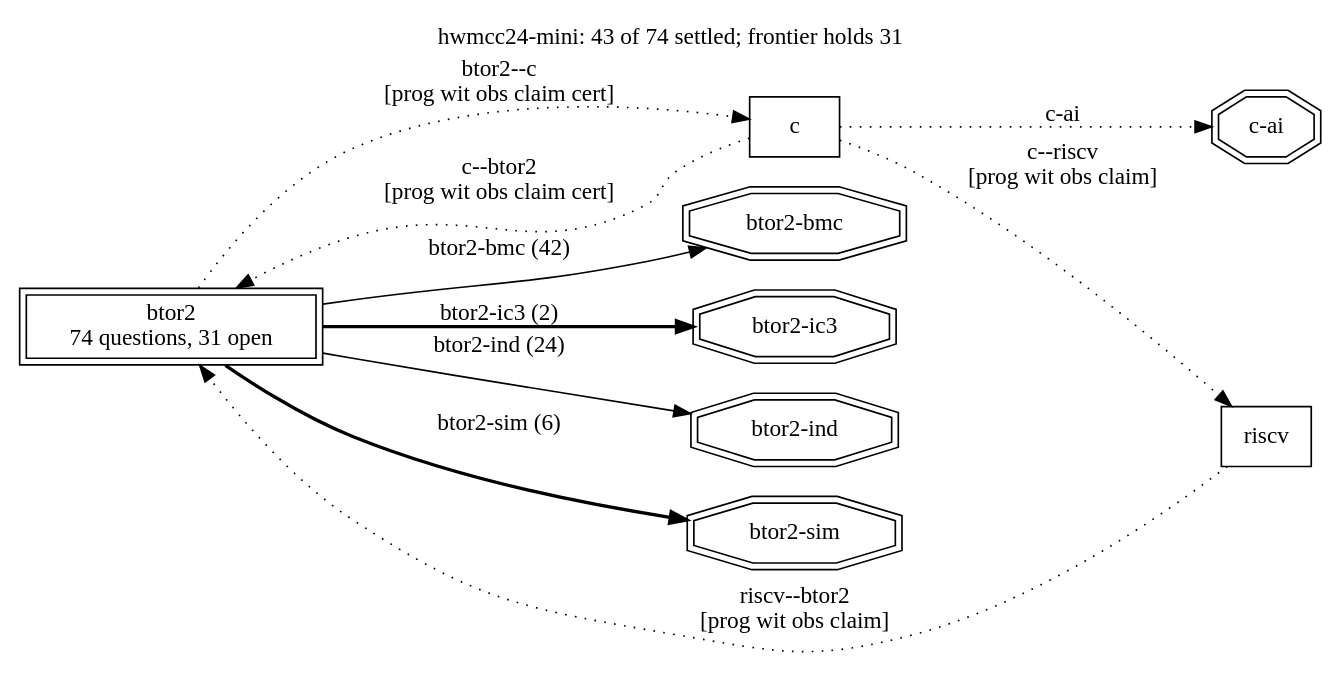
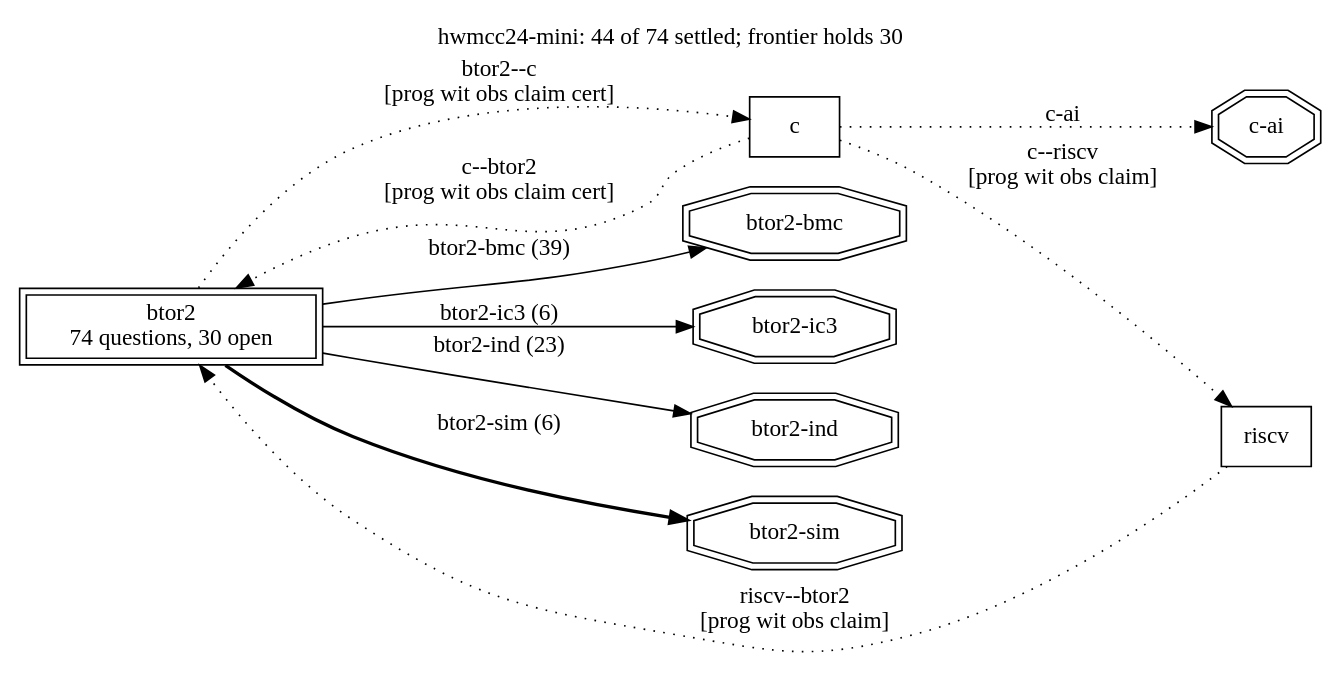
One commit to cksystemsgroup/hurdy-gurdy changed the diagram in runs/hwmcc24-mini/frontier.dot. Above: the diagram before and after it, drawn with Graphviz. The commit also changed 10 other files, not shown here.

```diff
--- a/runs/hwmcc24-mini/frontier.dot
+++ b/runs/hwmcc24-mini/frontier.dot
@@ -1,22 +1,22 @@
 digraph "hwmcc24-mini" {
   rankdir=LR; labelloc=t;
-  label="hwmcc24-mini: 43 of 74 settled; frontier holds 31";
+  label="hwmcc24-mini: 44 of 74 settled; frontier holds 30";
   node [shape=box];
-  "btor2" [peripheries=2, label="btor2\n74 questions, 31 open"];
+  "btor2" [peripheries=2, label="btor2\n74 questions, 30 open"];
   "c";
   "riscv";
   "btor2" -> "c" [style=dotted, label="btor2--c\n[prog wit obs claim cert]"];
   "c" -> "btor2" [style=dotted, label="c--btor2\n[prog wit obs claim cert]"];
   "c" -> "riscv" [style=dotted, label="c--riscv\n[prog wit obs claim]"];
   "riscv" -> "btor2" [style=dotted, label="riscv--btor2\n[prog wit obs claim]"];
   "search:btor2-bmc" [shape=doubleoctagon, label="btor2-bmc"];
-  "btor2" -> "search:btor2-bmc" [style=solid, label="btor2-bmc (42)"];
+  "btor2" -> "search:btor2-bmc" [style=solid, label="btor2-bmc (39)"];
   "search:btor2-ic3" [shape=doubleoctagon, label="btor2-ic3"];
-  "btor2" -> "search:btor2-ic3" [style=bold, label="btor2-ic3 (2)"];
+  "btor2" -> "search:btor2-ic3" [style=solid, label="btor2-ic3 (6)"];
   "search:btor2-ind" [shape=doubleoctagon, label="btor2-ind"];
-  "btor2" -> "search:btor2-ind" [style=solid, label="btor2-ind (24)"];
+  "btor2" -> "search:btor2-ind" [style=solid, label="btor2-ind (23)"];
   "search:btor2-sim" [shape=doubleoctagon, label="btor2-sim"];
   "btor2" -> "search:btor2-sim" [style=bold, label="btor2-sim (6)"];
   "search:c-ai" [shape=doubleoctagon, label="c-ai"];
   "c" -> "search:c-ai" [style=dotted, label="c-ai"];
 }
```
